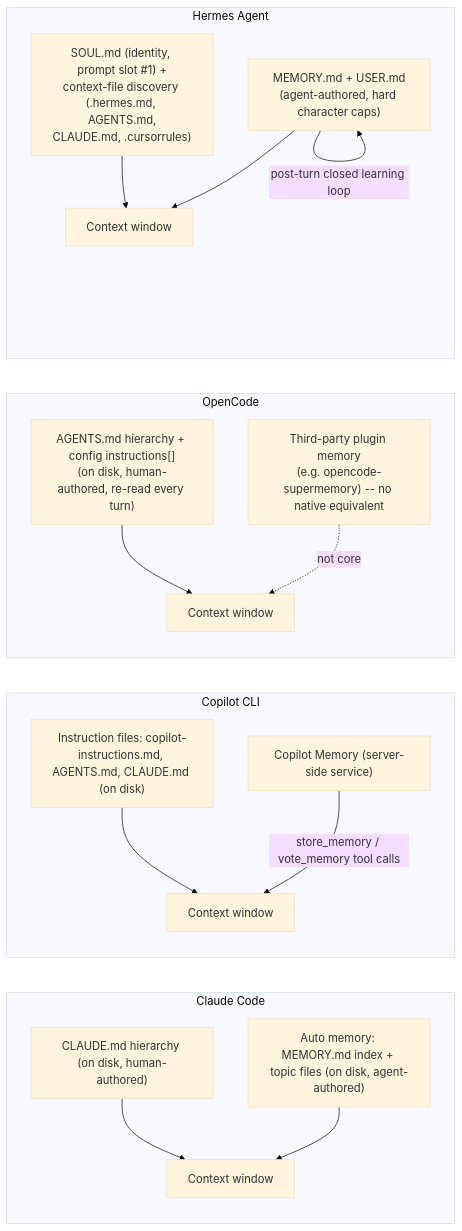
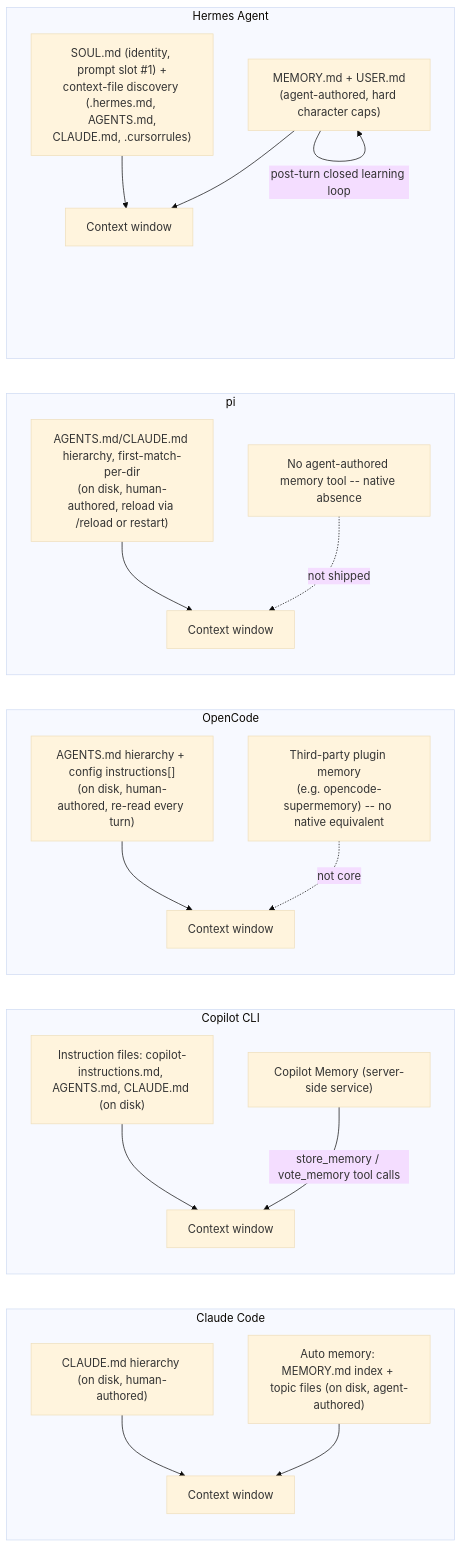
Before and after one commit to sfernandezplain/AIrchon: the first of 5 diagrams in references/harnesses/memory-management.md, drawn with Mermaid (base theme). The commit also changed other lines of this file and 21 other files, not shown here.

````diff
--- a/references/harnesses/memory-management.md
+++ b/references/harnesses/memory-management.md
@@ -35,20 +44,24 @@
 ```mermaid
 flowchart LR
     subgraph CC["Claude Code"]
         CM["CLAUDE.md hierarchy (on disk, human-authored)"] --> Ctx1[Context window]
         AM["Auto memory: MEMORY.md index + topic files (on disk, agent-authored)"] --> Ctx1
     end
     subgraph GH["Copilot CLI"]
         IF["Instruction files: copilot-instructions.md, AGENTS.md, CLAUDE.md (on disk)"] --> Ctx2[Context window]
         SM["Copilot Memory (server-side service)"] -->|"store_memory / vote_memory tool calls"| Ctx2
     end
     subgraph OC["OpenCode"]
         OCA["AGENTS.md hierarchy + config instructions[]<br/>(on disk, human-authored, re-read every turn)"] --> Ctx3b[Context window]
         OCP["Third-party plugin memory<br/>(e.g. opencode-supermemory) -- no native equivalent"] -.->|"not core"| Ctx3b
     end
+    subgraph PI["pi"]
+        PIA["AGENTS.md/CLAUDE.md hierarchy, first-match-per-dir<br/>(on disk, human-authored, reload via /reload or restart)"] --> Ctx3c[Context window]
+        PIN["No agent-authored memory tool -- native absence"] -.->|"not shipped"| Ctx3c
+    end
     subgraph HM["Hermes Agent"]
         SOUL["SOUL.md (identity, prompt slot #1) +\ncontext-file discovery (.hermes.md, AGENTS.md,\nCLAUDE.md, .cursorrules)"] --> Ctx3[Context window]
         HMEM["MEMORY.md + USER.md\n(agent-authored, hard character caps)"] --> Ctx3
         HMEM -->|"post-turn closed learning loop"| HMEM
     end
 ```
````
